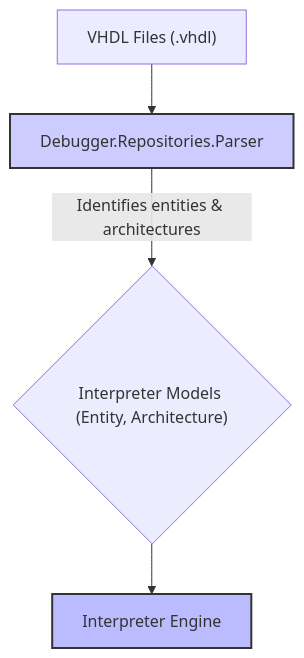
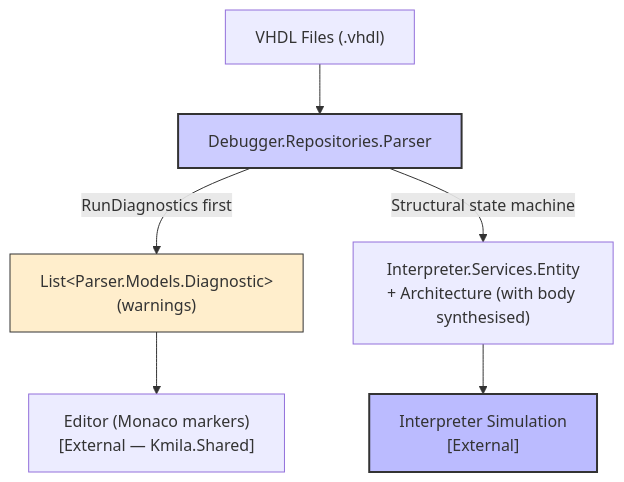
Before and after one commit to Kmila9s/Debugger: the first of 4 diagrams in README.md, drawn with Mermaid. The commit also changed other lines of this file and 25 other files, not shown here.

````diff
--- a/README.md
+++ b/README.md
@@ -99,9 +129,12 @@
 ```mermaid
 graph TD
-    A["VHDL Files (.vhdl)"] --> B["Debugger.Repositories.Parser"];
-    B -->|Identifies entities & architectures| C{"Interpreter Models (Entity, Architecture)"};
-    C --> D["Interpreter Engine"];
+    A["VHDL Files (.vhdl)"] --> B["Debugger.Repositories.Parser"]
+    B -->|RunDiagnostics first| D["List&lt;Parser.Models.Diagnostic&gt;<br/>(warnings)"]
+    B -->|Structural state machine| C["Interpreter.Services.Entity<br/>+ Architecture (with body synthesised)"]
+    D --> E["Editor (Monaco markers)<br/>[External — Kmila.Shared]"]
+    C --> F["Interpreter Simulation<br/>[External]"]
 
     style B fill:#ccf,stroke:#333,stroke-width:2px
-    style D fill:#bbf,stroke:#333,stroke-width:2px
+    style D fill:#fec,stroke:#333,stroke-width:1px
+    style F fill:#bbf,stroke:#333,stroke-width:2px
 ```
````
